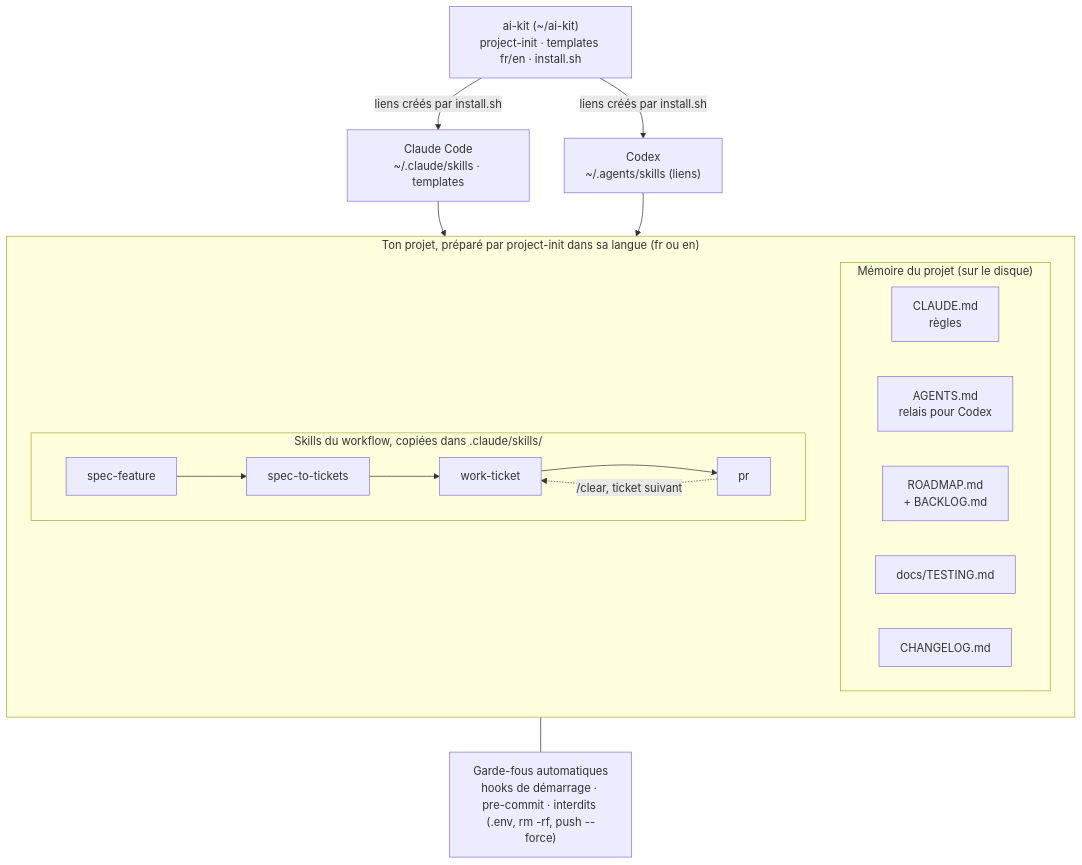
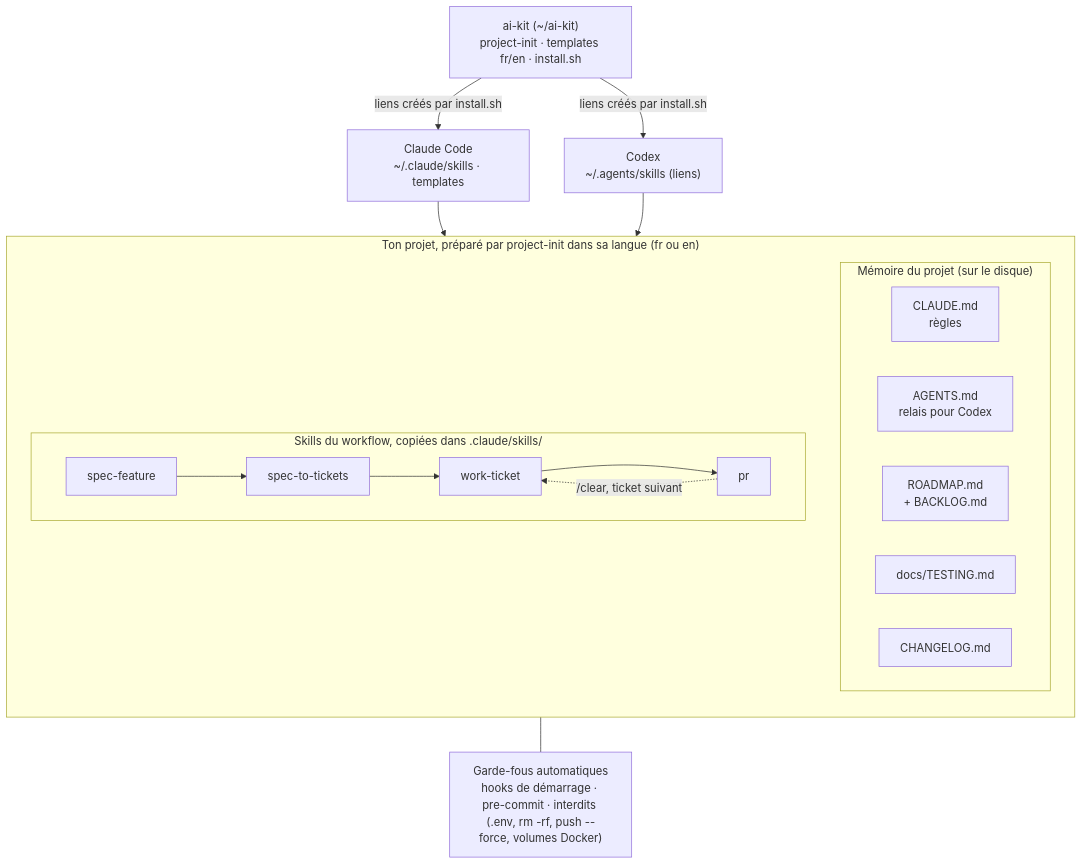
The first of 2 diagrams in GUIDE.fr.md (drisshaou/ai-kit), drawn with Mermaid before and after one commit. The commit also changed other lines of this file and 13 other files, not shown here.

````diff
--- a/GUIDE.fr.md
+++ b/GUIDE.fr.md
@@ -10,30 +10,30 @@
 ```mermaid
 flowchart TD
     KIT["ai-kit (~/ai-kit)<br/>project-init · templates fr/en · install.sh"]
     CLAUDE["Claude Code<br/>~/.claude/skills · templates"]
     CODEX["Codex<br/>~/.agents/skills (liens)"]
     KIT -->|liens créés par install.sh| CLAUDE
     KIT -->|liens créés par install.sh| CODEX
 
     subgraph PROJET["Ton projet, préparé par project-init dans sa langue (fr ou en)"]
         direction TB
         subgraph FICHIERS["Mémoire du projet (sur le disque)"]
             direction LR
             F1["CLAUDE.md<br/>règles"]
             F2["AGENTS.md<br/>relais pour Codex"]
             F3["ROADMAP.md<br/>+ BACKLOG.md"]
             F4["docs/TESTING.md"]
             F5["CHANGELOG.md"]
         end
         subgraph FLUX["Skills du workflow, copiées dans .claude/skills/"]
             direction LR
             S1["spec-feature"] --> S2["spec-to-tickets"] --> S3["work-ticket"] --> S4["pr"]
             S4 -.->|"/clear, ticket suivant"| S3
         end
     end
 
     CLAUDE --> PROJET
     CODEX --> PROJET
-    GARDE["Garde-fous automatiques<br/>hooks de démarrage · pre-commit · interdits (.env, rm -rf, push --force)"]
+    GARDE["Garde-fous automatiques<br/>hooks de démarrage · pre-commit · interdits (.env, rm -rf, push --force, volumes Docker)"]
     PROJET --- GARDE
 ```
````
